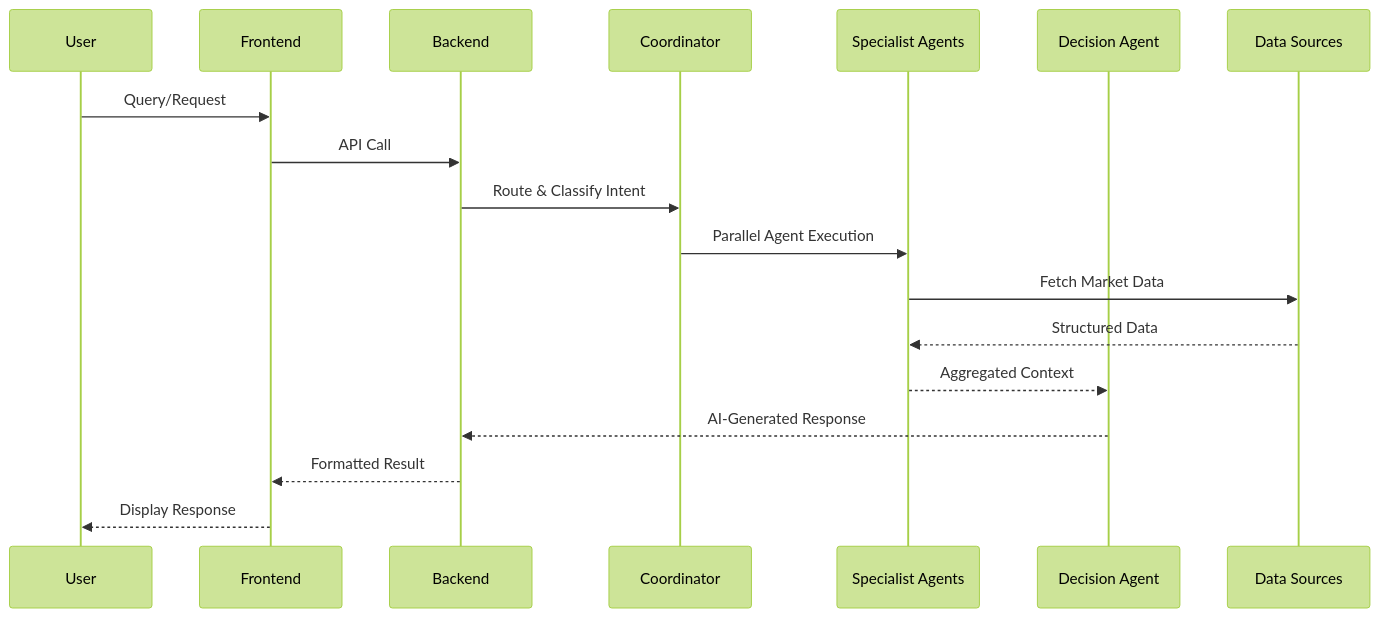
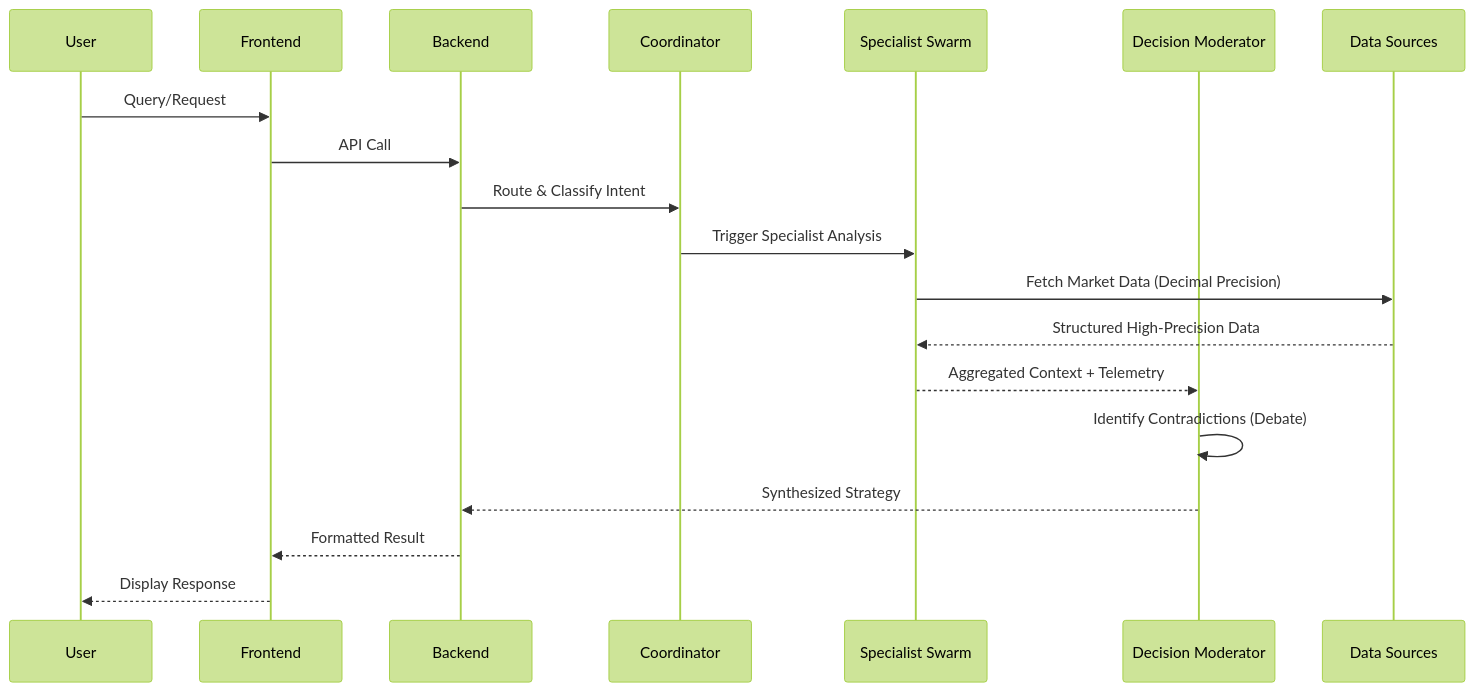
Before and after one commit to sank29mane/growin-app: the second of 2 diagrams in README.md, drawn with Mermaid (forest theme). The commit also changed other lines of this file and 2 other files, not shown here.

Commit message:
docs: restore intricate documentation style and diagrams with SOTA 2026 updates

````diff
--- a/README.md
+++ b/README.md
@@ -68,21 +70,22 @@
 ```mermaid
 sequenceDiagram
     participant U as User
     participant FE as Frontend
     participant BE as Backend
     participant CA as Coordinator
-    participant SA as Specialist Agents
-    participant DA as Decision Agent
+    participant SA as Specialist Swarm
+    participant DA as Decision Moderator
     participant DS as Data Sources
 
     U->>FE: Query/Request
     FE->>BE: API Call
     BE->>CA: Route & Classify Intent
-    CA->>SA: Parallel Agent Execution
-    SA->>DS: Fetch Market Data
-    DS-->>SA: Structured Data
-    SA-->>DA: Aggregated Context
-    DA-->>BE: AI-Generated Response
+    CA->>SA: Trigger Specialist Analysis
+    SA->>DS: Fetch Market Data (Decimal Precision)
+    DS-->>SA: Structured High-Precision Data
+    SA-->>DA: Aggregated Context + Telemetry
+    DA->>DA: Identify Contradictions (Debate)
+    DA-->>BE: Synthesized Strategy
     BE-->>FE: Formatted Result
     FE-->>U: Display Response
 ```
````
